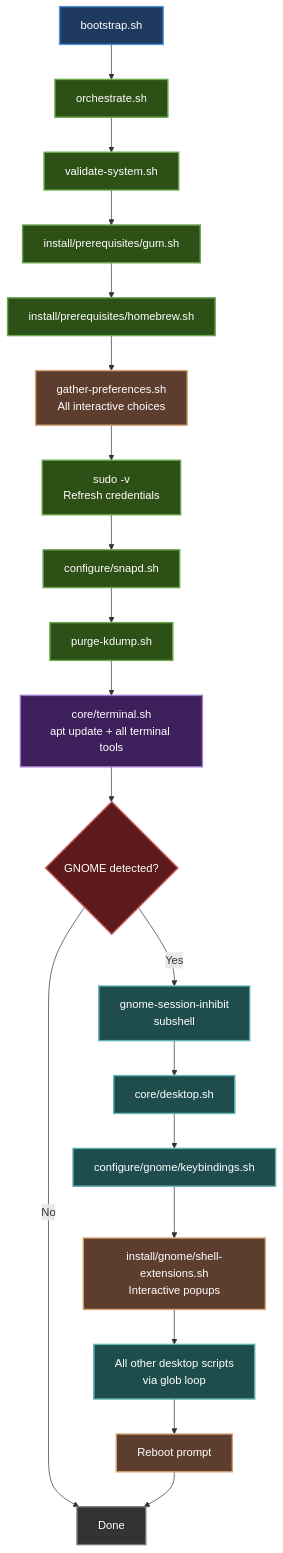
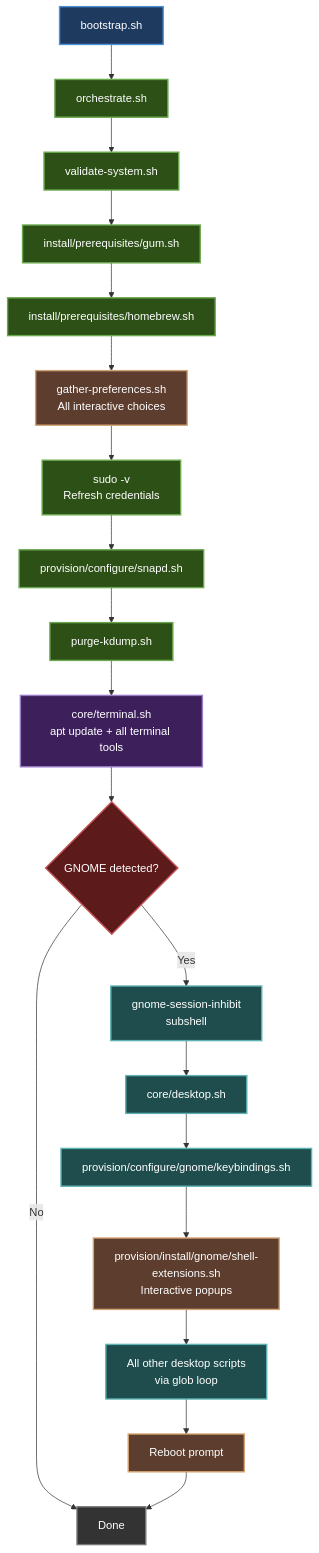
Before and after one commit to itsnin/justbuntu: the first of 2 diagrams in CONTRIBUTING.md, drawn with Mermaid. The commit also changed other lines of this file and 52 other files, not shown here.

Commit message:
Restructure: nest install/ and configure/ under provision/ to mirror revert/ symmetry

````diff
--- a/CONTRIBUTING.md
+++ b/CONTRIBUTING.md
@@ -73,30 +73,30 @@
 ```mermaid
 flowchart TD
     %% Color definitions — readable in both light and dark mode
     classDef entry fill:#1e3a5f,stroke:#4a90d9,stroke-width:2px,color:#ffffff
     classDef core fill:#2d5016,stroke:#6aa84f,stroke-width:2px,color:#ffffff
     classDef interactive fill:#5c3d2e,stroke:#d4a373,stroke-width:2px,color:#ffffff
     classDef terminal fill:#3d1f5c,stroke:#9b7cc9,stroke-width:2px,color:#ffffff
     classDef desktop fill:#1f4d4d,stroke:#5fb3b3,stroke-width:2px,color:#ffffff
     classDef decision fill:#5c1a1a,stroke:#c95a5a,stroke-width:2px,color:#ffffff
     classDef done fill:#333333,stroke:#777777,stroke-width:2px,color:#ffffff
 
     A[bootstrap.sh]:::entry --> B[orchestrate.sh]:::core
     B --> C[validate-system.sh]:::core
     C --> D[install/prerequisites/gum.sh]:::core
     D --> E[install/prerequisites/homebrew.sh]:::core
     E --> F[gather-preferences.sh<br/>All interactive choices]:::interactive
     F --> G[sudo -v<br/>Refresh credentials]:::core
-    G --> H[configure/snapd.sh]:::core
+    G --> H[provision/configure/snapd.sh]:::core
     H --> I[purge-kdump.sh]:::core
     I --> J[core/terminal.sh<br/>apt update + all terminal tools]:::terminal
     J --> K{GNOME detected?}:::decision
     K -->|No| L[Done]:::done
     K -->|Yes| M[gnome-session-inhibit<br/>subshell]:::desktop
     M --> N[core/desktop.sh]:::desktop
-    N --> O[configure/gnome/keybindings.sh]:::desktop
-    O --> P[install/gnome/shell-extensions.sh<br/>Interactive popups]:::interactive
+    N --> O[provision/configure/gnome/keybindings.sh]:::desktop
+    O --> P[provision/install/gnome/shell-extensions.sh<br/>Interactive popups]:::interactive
     P --> Q[All other desktop scripts<br/>via glob loop]:::desktop
     Q --> R[Reboot prompt]:::interactive
     R --> L
 ```
````
